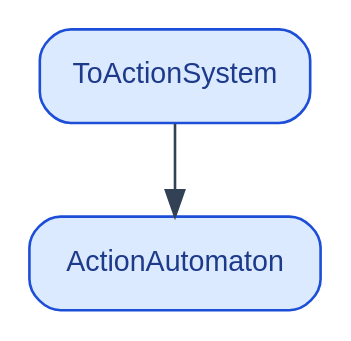
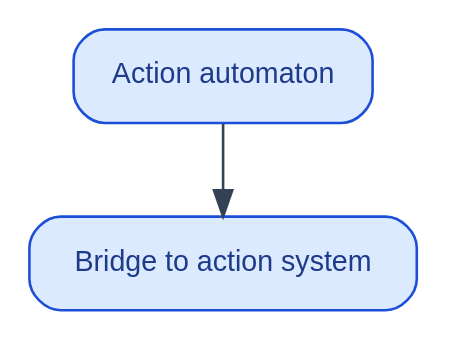
Before and after one commit to catskillsresearch/nowakowska1982: the diagram in Actions/Automata/Automaton.dot, drawn with Graphviz. The commit also changed 11 other files, not shown here.

First line of the commit message:
Fix import diagrams: subsection-title labels and A→B import edges.

```diff
--- a/Actions/Automata/Automaton.dot
+++ b/Actions/Automata/Automaton.dot
@@ -1,11 +1,12 @@
 digraph Automaton {
   rankdir=TB;
   node [shape=box, style="rounded,filled", fillcolor="#dbeafe",
         color="#1d4ed8", fontname="Helvetica", fontsize=11, fontcolor="#1e3a8a"];
   edge [color="#334155"];
 
-  ActionAutomaton [label="ActionAutomaton"];
-  ToActionSystem [label="ToActionSystem"];
+  // Labels = subsection titles. Edge A -> B means B imports A.
+  ActionAutomaton [label="Action automaton"];
+  ToActionSystem [label="Bridge to action system"];
 
-  ToActionSystem -> ActionAutomaton;
+  ActionAutomaton -> ToActionSystem;
 }
```
